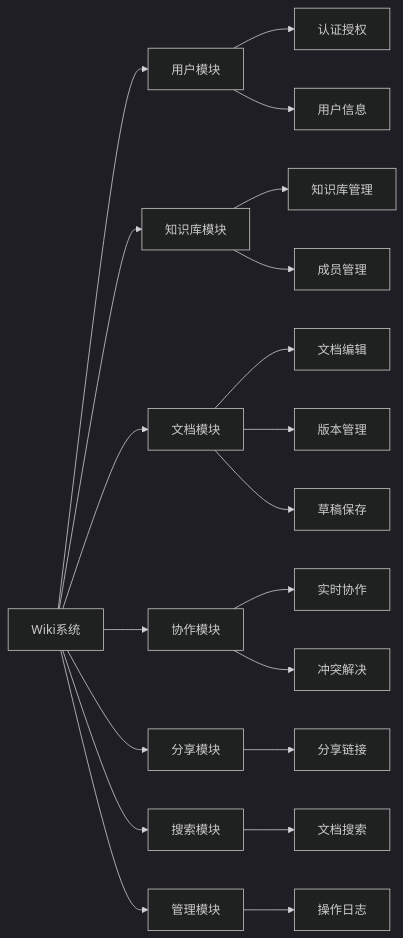
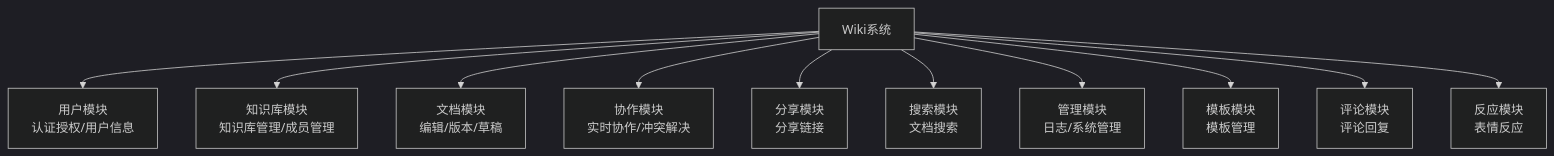
Before and after one commit to WZP358/Wiki: the third of 10 diagrams in docs/系统架构设计文档.md, drawn with Mermaid (dark theme). The commit also changed other lines of this file and 550 other files, not shown here.

````diff
--- a/docs/系统架构设计文档.md
+++ b/docs/系统架构设计文档.md
@@ -144,29 +127,14 @@
 ```mermaid
-graph LR
-    A[Wiki系统] --> B[用户模块]
-    A --> C[知识库模块]
-    A --> D[文档模块]
-    A --> E[协作模块]
-    A --> F[分享模块]
-    A --> G[搜索模块]
-    A --> H[管理模块]
-
-    B --> B1[认证授权]
-    B --> B2[用户信息]
-
-    C --> C1[知识库管理]
-    C --> C2[成员管理]
-
-    D --> D1[文档编辑]
-    D --> D2[版本管理]
-    D --> D3[草稿保存]
-
-    E --> E1[实时协作]
-    E --> E2[冲突解决]
-
-    F --> F1[分享链接]
-
-    G --> G1[文档搜索]
-
-    H --> H1[操作日志]
+graph TB
+    A[Wiki系统]
+    A --> B[用户模块<br/>认证授权/用户信息]
+    A --> C[知识库模块<br/>知识库管理/成员管理]
+    A --> D[文档模块<br/>编辑/版本/草稿]
+    A --> E[协作模块<br/>实时协作/冲突解决]
+    A --> F[分享模块<br/>分享链接]
+    A --> G[搜索模块<br/>文档搜索]
+    A --> H[管理模块<br/>日志/系统管理]
+    A --> I[模板模块<br/>模板管理]
+    A --> J[评论模块<br/>评论回复]
+    A --> K[反应模块<br/>表情反应]
 ```
````
